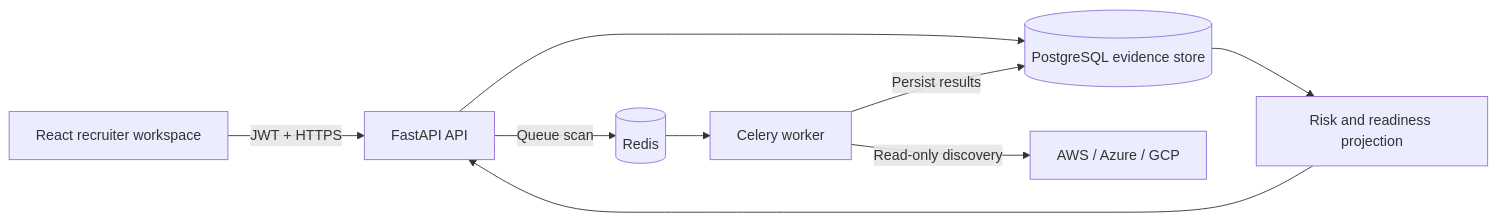
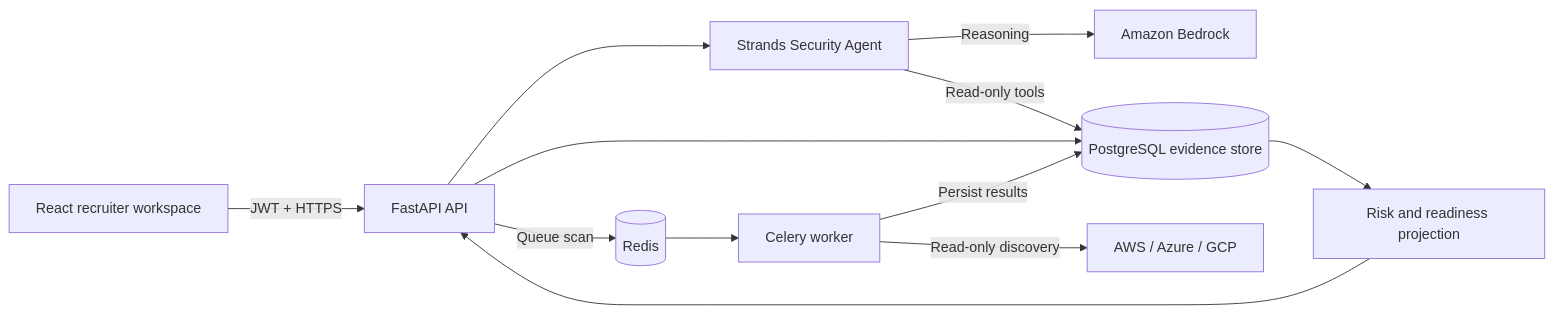
The diagram in README.md (Faithchinenye12/cloud-policy-checker), drawn with Mermaid before and after one commit. The commit also changed other lines of this file and 15 other files, not shown here.

Commit message:
Add grounded CloudConform Security Agent

````diff
--- a/README.md
+++ b/README.md
@@ -82,11 +83,14 @@
 ```mermaid
 flowchart LR
     Browser[React recruiter workspace] -->|JWT + HTTPS| API[FastAPI API]
+    API --> Agent[Strands Security Agent]
+    Agent -->|Reasoning| Bedrock[Amazon Bedrock]
+    Agent -->|Read-only tools| DB
     API --> DB[(PostgreSQL evidence store)]
     API -->|Queue scan| Redis[(Redis)]
     Redis --> Worker[Celery worker]
     Worker -->|Read-only discovery| Clouds[AWS / Azure / GCP]
     Worker -->|Persist results| DB
     DB --> Graph[Risk and readiness projection]
     Graph --> API
 ```
````
